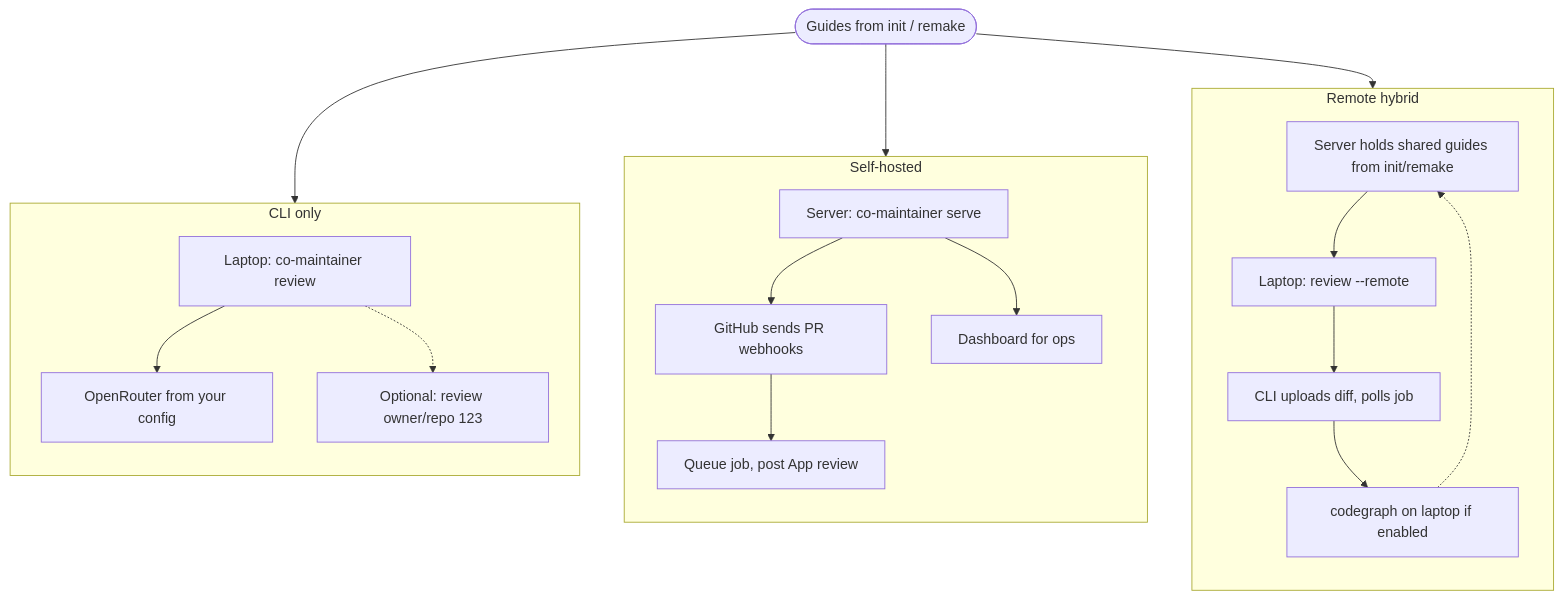
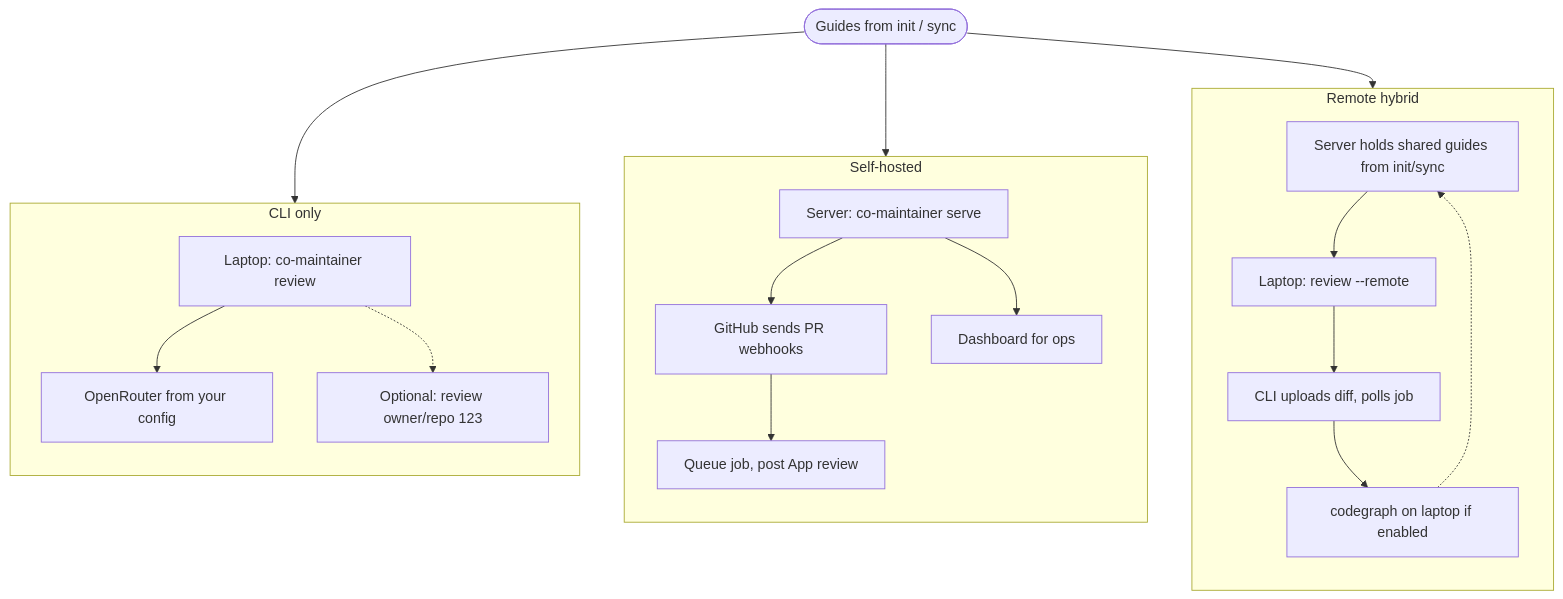
One commit to GroophyLifefor/co-maintainer changed the third of 3 diagrams in docs/md/getting-started.md. Above: the diagram before and after it, drawn with Mermaid. The commit also changed other lines of this file and 40 other files, not shown here.

First line of the commit message:
Rename the user-facing remake command to sync

````diff
--- a/docs/md/getting-started.md
+++ b/docs/md/getting-started.md
@@ -83,37 +83,37 @@
 ```mermaid
 flowchart TB
-  guides(["Guides from init / remake"])
+  guides(["Guides from init / sync"])
 
   guides --> cli
   guides --> hosted
   guides --> remote
 
   subgraph cli["CLI only"]
     direction TB
     L1["Laptop: co-maintainer review"]
     L2["OpenRouter from your config"]
     L3["Optional: review owner/repo 123"]
     L1 --> L2
     L1 -.-> L3
   end
 
   subgraph hosted["Self-hosted"]
     direction TB
     S1["Server: co-maintainer serve"]
     S2["GitHub sends PR webhooks"]
     S3["Queue job, post App review"]
     S4["Dashboard for ops"]
     S1 --> S2 --> S3
     S1 --> S4
   end
 
   subgraph remote["Remote hybrid"]
     direction TB
-    R1["Server holds shared guides from init/remake"]
+    R1["Server holds shared guides from init/sync"]
     R2["Laptop: review --remote"]
     R3["CLI uploads diff, polls job"]
     R4["codegraph on laptop if enabled"]
     R1 --> R2 --> R3 --> R4
     R4 -.-> R1
   end
 ```
````
